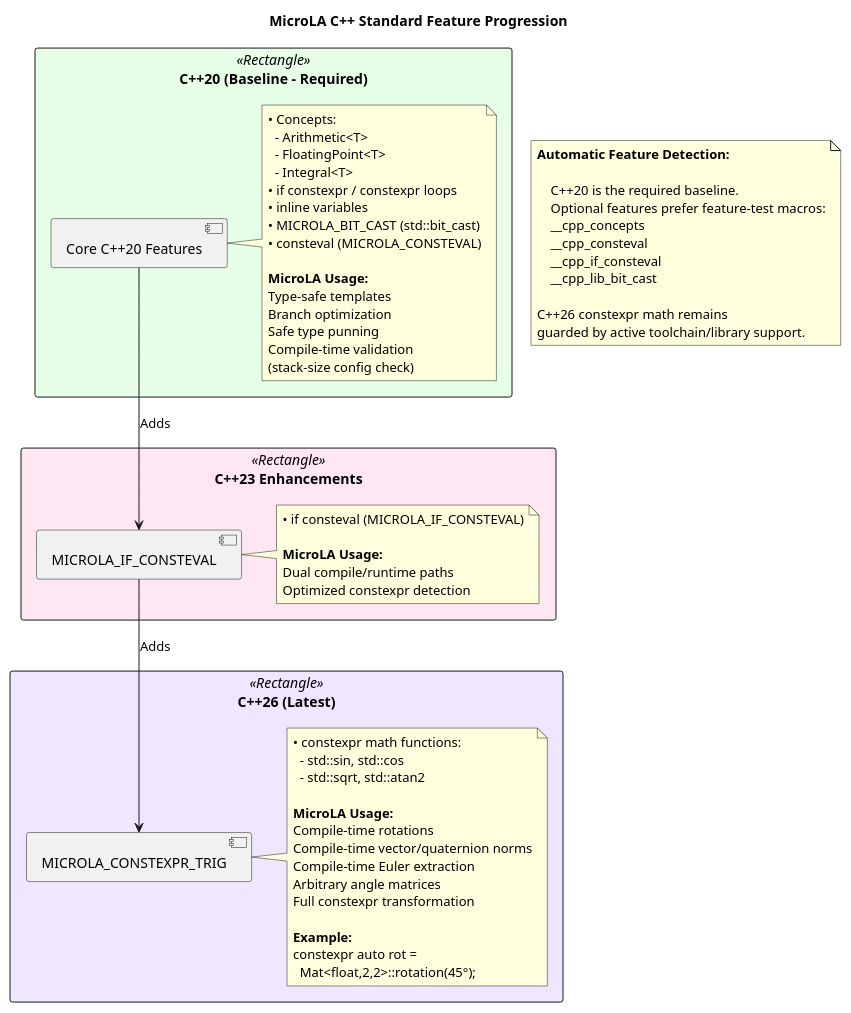
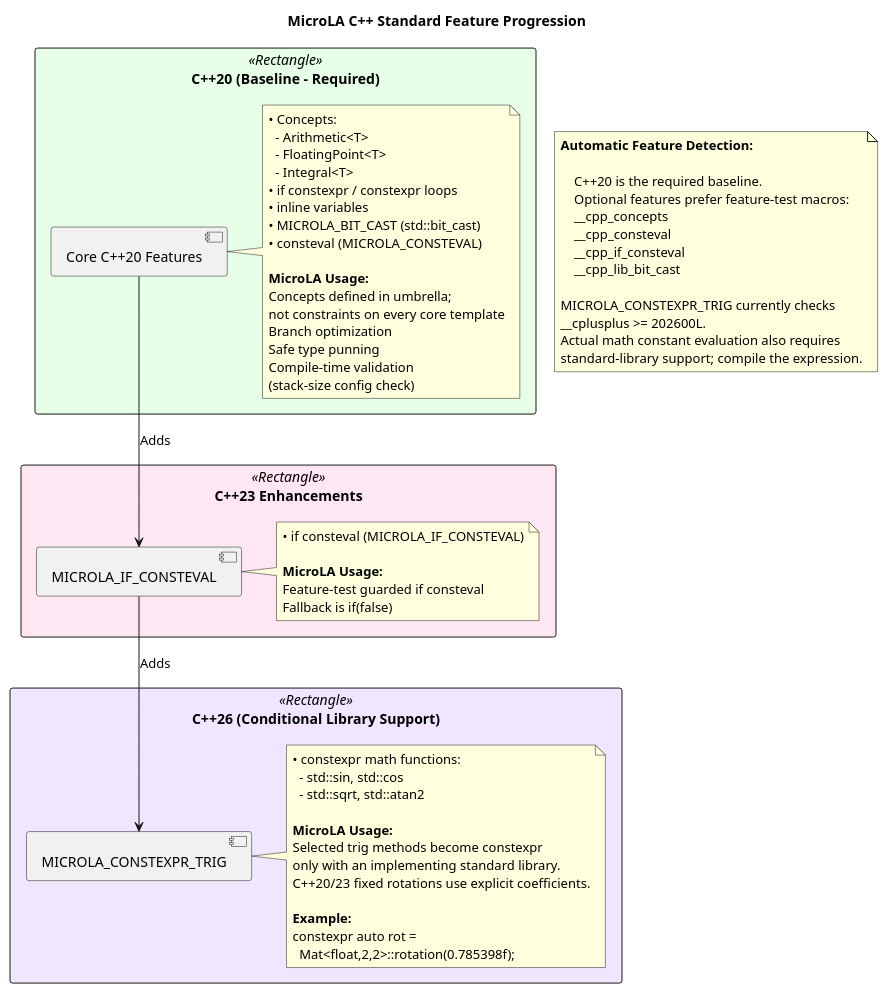
Before and after one commit to jwbmwv/microLA: the diagram in design/cpp_standard_features.puml, drawn with PlantUML. The commit also changed 69 other files, not shown here.

```diff
--- a/design/cpp_standard_features.puml
+++ b/design/cpp_standard_features.puml
@@ -1,75 +1,76 @@
 @startuml cpp_standard_features
 title MicroLA C++ Standard Feature Progression
 
 skinparam packageStyle rectangle
 
 package "C++20 (Baseline - Required)" <<Rectangle>> #E6FFE6 {
     component "Core C++20 Features" as cpp20
     note right of cpp20
         • Concepts:
           - Arithmetic<T>
           - FloatingPoint<T>
           - Integral<T>
         • if constexpr / constexpr loops
         • inline variables
         • MICROLA_BIT_CAST (std::bit_cast)
         • consteval (MICROLA_CONSTEVAL)
 
         **MicroLA Usage:**
-        Type-safe templates
+        Concepts defined in umbrella;
+        not constraints on every core template
         Branch optimization
         Safe type punning
         Compile-time validation
         (stack-size config check)
     end note
 }
 
 package "C++23 Enhancements" <<Rectangle>> #FFE6F3 {
     component "MICROLA_IF_CONSTEVAL" as cpp23
     note right of cpp23
         • if consteval (MICROLA_IF_CONSTEVAL)
 
         **MicroLA Usage:**
-        Dual compile/runtime paths
-        Optimized constexpr detection
+        Feature-test guarded if consteval
+        Fallback is if(false)
     end note
 }
 
-package "C++26 (Latest)" <<Rectangle>> #F0E6FF {
+package "C++26 (Conditional Library Support)" <<Rectangle>> #F0E6FF {
     component "MICROLA_CONSTEXPR_TRIG" as cpp26
     note right of cpp26
         • constexpr math functions:
           - std::sin, std::cos
           - std::sqrt, std::atan2
 
         **MicroLA Usage:**
-        Compile-time rotations
-        Compile-time vector/quaternion norms
-        Compile-time Euler extraction
-        Arbitrary angle matrices
-        Full constexpr transformation
+        Selected trig methods become constexpr
+        only with an implementing standard library.
+        C++20/23 fixed rotations use explicit coefficients.
 
         **Example:**
         constexpr auto rot =
-          Mat<float,2,2>::rotation(45°);
+          Mat<float,2,2>::rotation(0.785398f);
     end note
 }
 
 cpp20 -down-> cpp23 : Adds
 cpp23 -down-> cpp26 : Adds
 
 note as FeatureDetection
     **Automatic Feature Detection:**
 
         C++20 is the required baseline.
         Optional features prefer feature-test macros:
         __cpp_concepts
         __cpp_consteval
         __cpp_if_consteval
         __cpp_lib_bit_cast
 
-    C++26 constexpr math remains
-    guarded by active toolchain/library support.
+    MICROLA_CONSTEXPR_TRIG currently checks
+    __cplusplus >= 202600L.
+    Actual math constant evaluation also requires
+    standard-library support; compile the expression.
 end note
 
 @enduml
```
